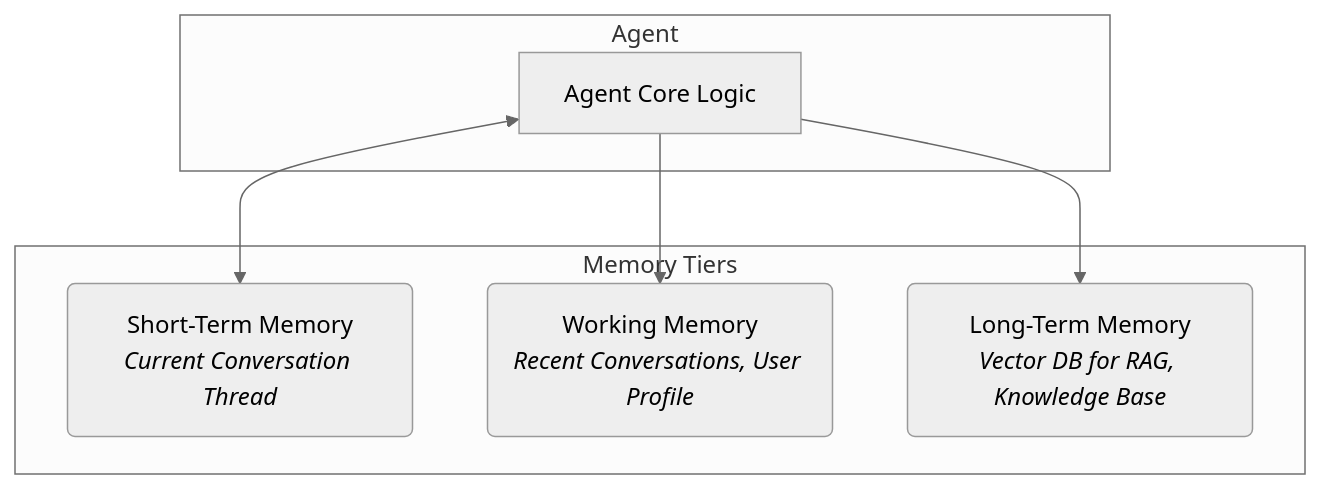
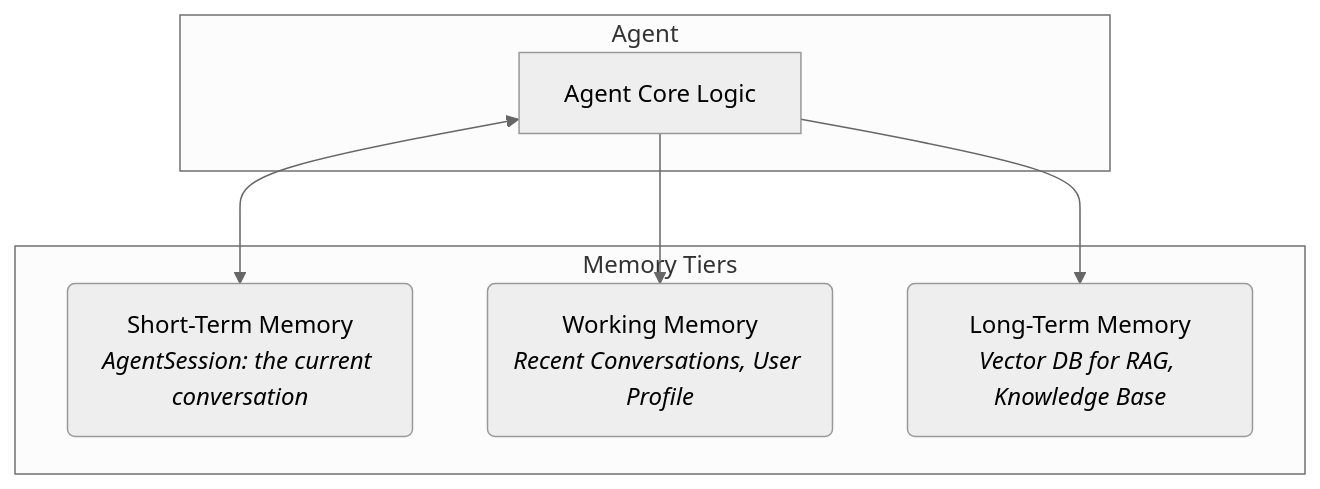
The sixth of 12 diagrams in src/content/docs/microsoft-agent-framework-guide/dotnet/microsoft_agent_framework_dotnet_diagrams.md (CodeHalwell/AgentGuides), drawn with Mermaid (neutral theme) before and after one commit. The commit also changed other lines of this file and 4 other files, not shown here.

````diff
--- a/src/content/docs/microsoft-agent-framework-guide/dotnet/microsoft_agent_framework_dotnet_diagrams.md
+++ b/src/content/docs/microsoft-agent-framework-guide/dotnet/microsoft_agent_framework_dotnet_diagrams.md
@@ -129,16 +133,16 @@
 ```mermaid
 graph TD
     subgraph Agent
         A[Agent Core Logic]
     end
 
     subgraph Memory Tiers
-        B(Short-Term Memory<br/><i>Current Conversation Thread</i>)
+        B(Short-Term Memory<br/><i>AgentSession: the current conversation</i>)
         C(Working Memory<br/><i>Recent Conversations, User Profile</i>)
         D(Long-Term Memory<br/><i>Vector DB for RAG, Knowledge Base</i>)
     end
 
     A <--> B
     A --> C
     A --> D
 ```
````
